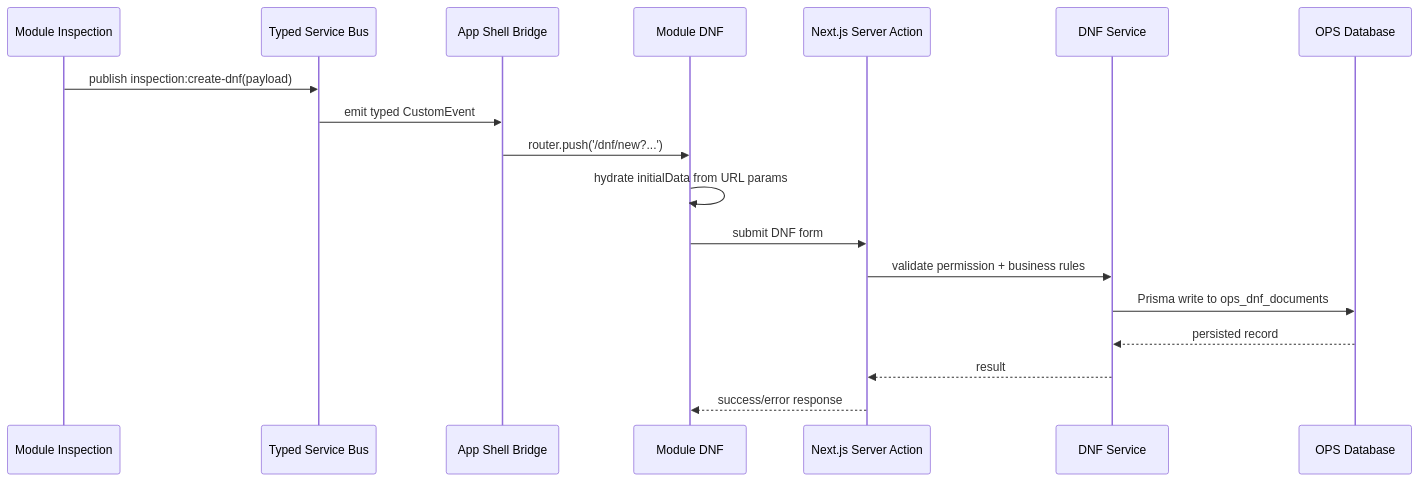
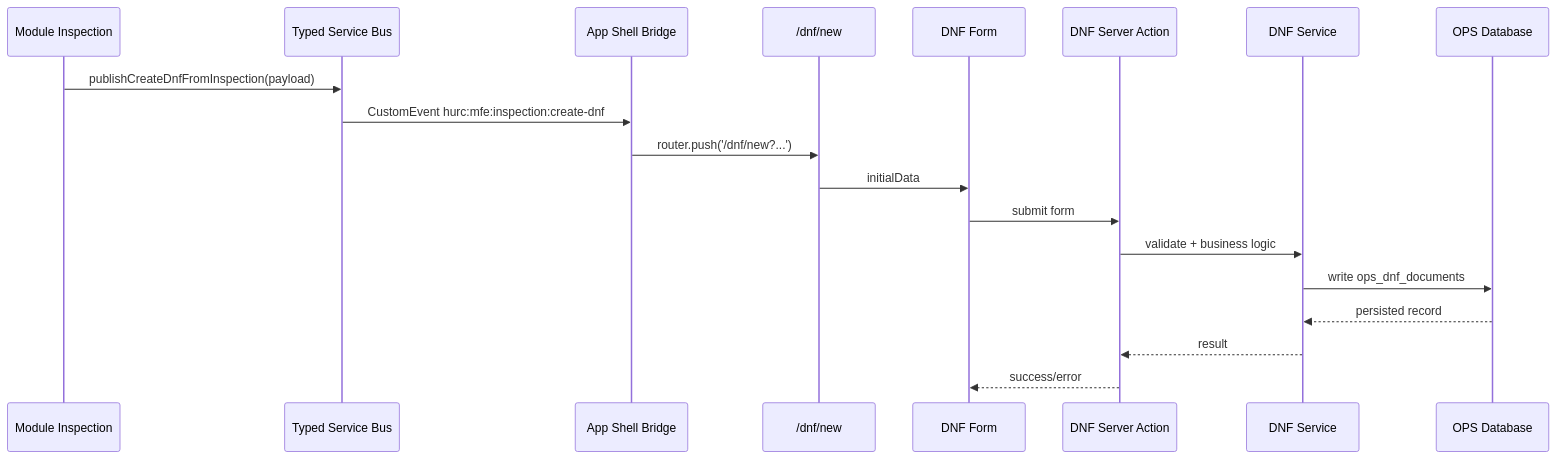
The first of 2 diagrams in docs/1_SYSTEM_ARCHITECTURE.md (hoang12122/Hurc-cdhs), drawn with Mermaid before and after one commit. The commit also changed other lines of this file, not shown here.

Commit message:
docs: reconcile system architecture with current implementation

````diff
--- a/docs/1_SYSTEM_ARCHITECTURE.md
+++ b/docs/1_SYSTEM_ARCHITECTURE.md
@@ -113,21 +196,22 @@
 ```mermaid
 sequenceDiagram
     participant Inspection as Module Inspection
     participant Bus as Typed Service Bus
     participant Bridge as App Shell Bridge
-    participant DNF as Module DNF
-    participant Action as Next.js Server Action
+    participant DNFPage as /dnf/new
+    participant DNFForm as DNF Form
+    participant Action as DNF Server Action
     participant Service as DNF Service
     participant DB as OPS Database
 
-    Inspection->>Bus: publish inspection:create-dnf(payload)
-    Bus->>Bridge: emit typed CustomEvent
-    Bridge->>DNF: router.push('/dnf/new?...')
-    DNF->>DNF: hydrate initialData from URL params
-    DNF->>Action: submit DNF form
-    Action->>Service: validate permission + business rules
-    Service->>DB: Prisma write to ops_dnf_documents
+    Inspection->>Bus: publishCreateDnfFromInspection(payload)
+    Bus->>Bridge: CustomEvent hurc:mfe:inspection:create-dnf
+    Bridge->>DNFPage: router.push('/dnf/new?...')
+    DNFPage->>DNFForm: initialData
+    DNFForm->>Action: submit form
+    Action->>Service: validate + business logic
+    Service->>DB: write ops_dnf_documents
     DB-->>Service: persisted record
     Service-->>Action: result
-    Action-->>DNF: success/error response
+    Action-->>DNFForm: success/error
 ```
````
